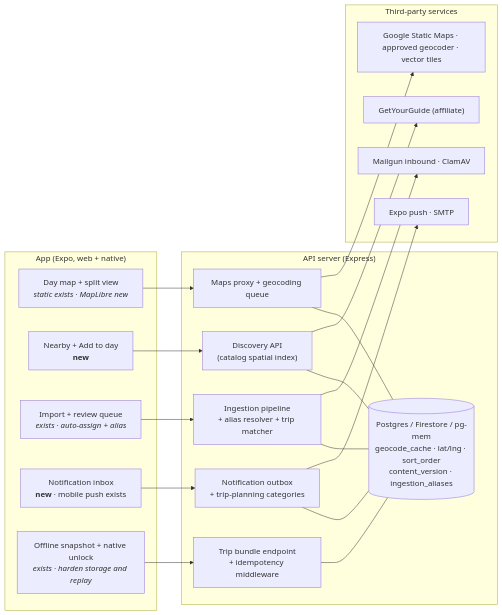
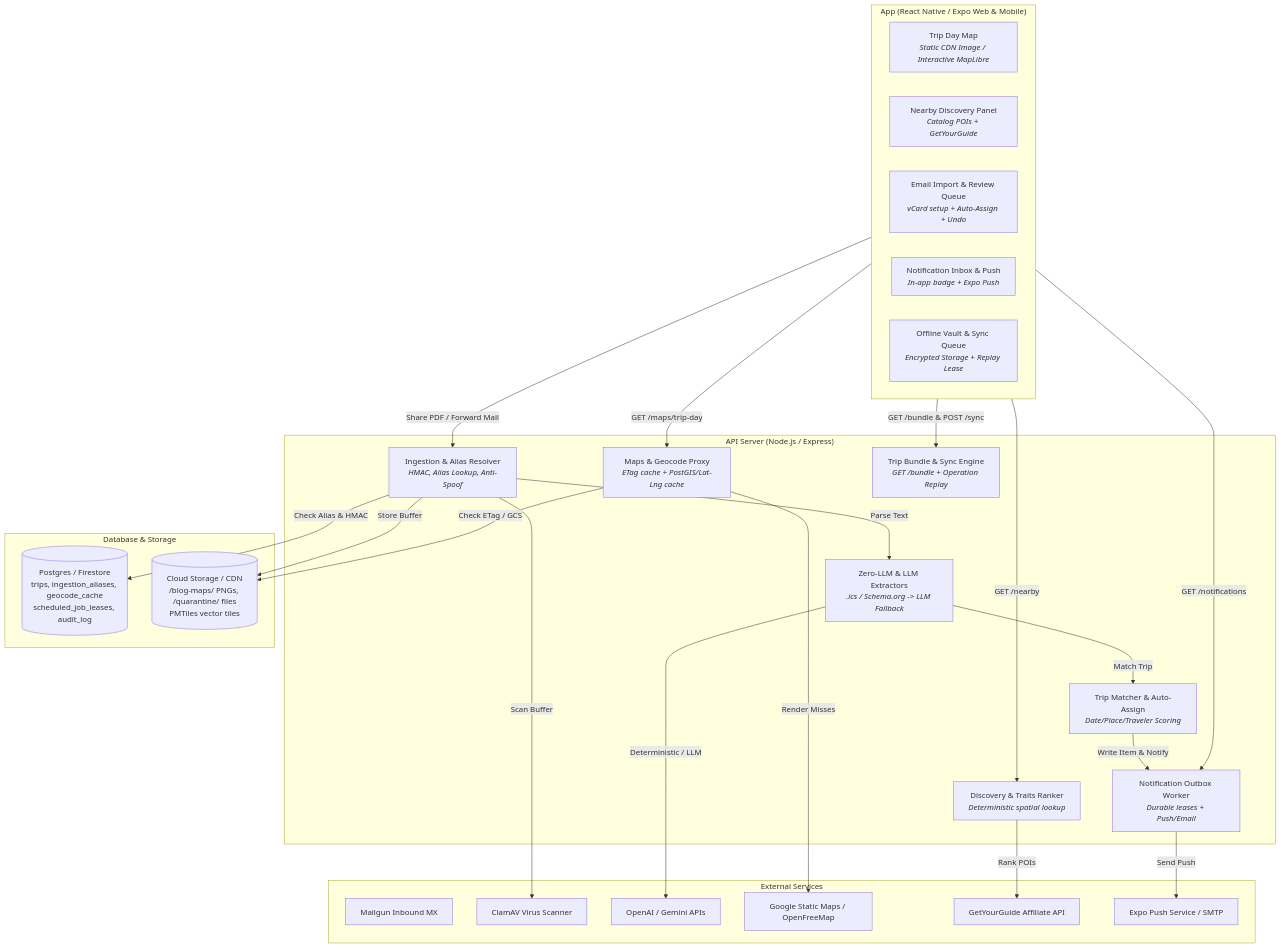
One commit to Duerk-Industries/Travel-Itinerary-App changed the first of 3 diagrams in docs/implementation_plans/implementation-plan-gap-closing.md. Above: the diagram before and after it, drawn with Mermaid. The commit also changed other lines of this file and 1 other file, not shown here.

````diff
--- a/docs/implementation_plans/implementation-plan-gap-closing.md
+++ b/docs/implementation_plans/implementation-plan-gap-closing.md
@@ -59,30 +51,53 @@
 ```mermaid
-flowchart LR
-  subgraph App["App (Expo, web + native)"]
-    A1["Day map + split view<br/><i>static exists · MapLibre new</i>"]
-    A2["Nearby + Add to day<br/><b>new</b>"]
-    A3["Import + review queue<br/><i>exists · auto-assign + alias</i>"]
-    A4["Notification inbox<br/><b>new</b> · mobile push exists"]
-    A5["Offline snapshot + native unlock<br/><i>exists · harden storage and replay</i>"]
+flowchart TD
+  subgraph Client["App (React Native / Expo Web & Mobile)"]
+    UI_Map["Trip Day Map<br/><i>Static CDN Image / Interactive MapLibre</i>"]
+    UI_Disc["Nearby Discovery Panel<br/><i>Catalog POIs + GetYourGuide</i>"]
+    UI_Ingest["Email Import & Review Queue<br/><i>vCard setup + Auto-Assign + Undo</i>"]
+    UI_Notif["Notification Inbox & Push<br/><i>In-app badge + Expo Push</i>"]
+    UI_Off["Offline Vault & Sync Queue<br/><i>Encrypted Storage + Replay Lease</i>"]
   end
-  subgraph API["API server (Express)"]
-    S1["Maps proxy + geocoding queue"]
-    S2["Discovery API<br/>(catalog spatial index)"]
-    S3["Ingestion pipeline<br/>+ alias resolver + trip matcher"]
-    S4["Notification outbox<br/>+ trip-planning categories"]
-    S5["Trip bundle endpoint<br/>+ idempotency middleware"]
-    DB[("Postgres / Firestore / pg-mem<br/>geocode_cache · lat/lng · sort_order<br/>content_version · ingestion_aliases")]
+
+  subgraph Server["API Server (Node.js / Express)"]
+    API_Maps["Maps & Geocode Proxy<br/><i>ETag cache + PostGIS/Lat-Lng cache</i>"]
+    API_Disc["Discovery & Traits Ranker<br/><i>Deterministic spatial lookup</i>"]
+    API_Ingest["Ingestion & Alias Resolver<br/><i>HMAC, Alias Lookup, Anti-Spoof</i>"]
+    API_Extract["Zero-LLM & LLM Extractors<br/><i>.ics / Schema.org -> LLM Fallback</i>"]
+    API_Match["Trip Matcher & Auto-Assign<br/><i>Date/Place/Traveler Scoring</i>"]
+    API_Notif["Notification Outbox Worker<br/><i>Durable leases + Push/Email</i>"]
+    API_Sync["Trip Bundle & Sync Engine<br/><i>GET /bundle + Operation Replay</i>"]
   end
-  subgraph Ext["Third-party services"]
-    E1["Google Static Maps · approved geocoder · vector tiles"]
-    E2["GetYourGuide (affiliate)"]
-    E3["Mailgun inbound · ClamAV"]
-    E4["Expo push · SMTP"]
+
+  subgraph Database["Database & Storage"]
+    DB_Postgres[("Postgres / Firestore<br/>trips, ingestion_aliases, geocode_cache<br/>scheduled_job_leases, audit_log")]
+    GCS[("Cloud Storage / CDN<br/>/blog-maps/ PNGs, /quarantine/ files<br/>PMTiles vector tiles")]
   end
-  A1-->S1-->E1
-  A2-->S2-->E2
-  A3-->S3-->E3
-  A4-->S4-->E4
-  A5-->S5
-  S1 & S2 & S3 & S4 & S5 --- DB
+
+  subgraph External["External Services"]
+    EXT_Mailgun["Mailgun Inbound MX"]
+    EXT_ClamAV["ClamAV Virus Scanner"]
+    EXT_AI["OpenAI / Gemini APIs"]
+    EXT_Maps["Google Static Maps / OpenFreeMap"]
+    EXT_GYG["GetYourGuide Affiliate API"]
+    EXT_Push["Expo Push Service / SMTP"]
+  end
+
+  Client -->|GET /maps/trip-day| API_Maps
+  Client -->|GET /nearby| API_Disc
+  Client -->|Share PDF / Forward Mail| API_Ingest
+  Client -->|GET /notifications| API_Notif
+  Client -->|GET /bundle & POST /sync| API_Sync
+
+  API_Ingest -->|Check Alias & HMAC| DB_Postgres
+  API_Ingest -->|Store Buffer| GCS
+  API_Ingest -->|Scan Buffer| EXT_ClamAV
+  API_Ingest -->|Parse Text| API_Extract
+  API_Extract -->|Deterministic / LLM| EXT_AI
+  API_Extract -->|Match Trip| API_Match
+  API_Match -->|Write Item & Notify| API_Notif
+
+  API_Maps -->|Check ETag / GCS| GCS
+  API_Maps -->|Render Misses| EXT_Maps
+  API_Disc -->|Rank POIs| EXT_GYG
+  API_Notif -->|Send Push| EXT_Push
 ```
````
